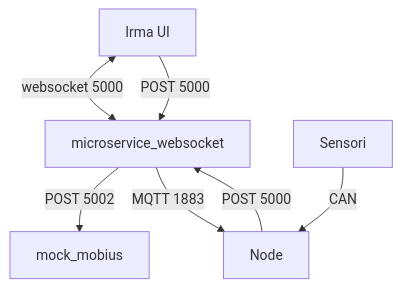
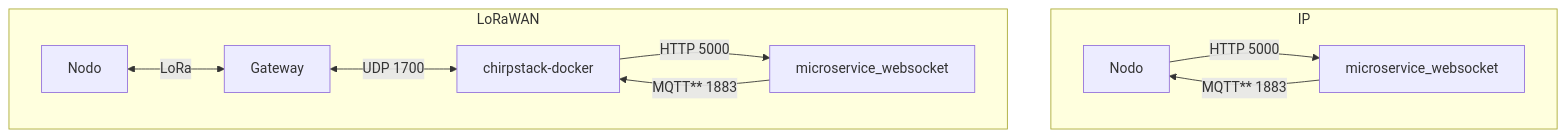
One commit to monemasrl/irma changed the second of 7 diagrams in README.md. Above: the diagram before and after it, drawn with Mermaid. The commit also changed other lines of this file and 10 other files, not shown here.

````diff
--- a/README.md
+++ b/README.md
@@ -46,17 +40,22 @@
 ```mermaid
-graph TD;
+flowchart TD;
 
-msw[microservice_websocket]
-mm[mock_mobius]
-irma-ui[Irma UI]
+nodo1[Nodo]
+nodo2[Nodo]
+msw1[microservice_websocket]
+msw2[microservice_websocket]
 
-nodo[Node]
-sensori[Sensori]
+gtw[Gateway]
 
-nodo -- POST  5000 --> msw
-msw -- POST 5002 --> mm
-irma-ui <-- websocket 5000 --> msw
-irma-ui -- POST 5000 --> msw
-msw -- MQTT 1883 --> nodo
-sensori -- CAN --> nodo
+subgraph IP
+    nodo1 -- HTTP 5000 --> msw1
+    msw1 -- MQTT** 1883 --> nodo1
+end
+
+subgraph LoRaWAN
+    nodo2 <-- LoRa --> gtw
+    gtw <-- UDP 1700 --> chirpstack-docker
+    chirpstack-docker -- HTTP 5000 --> msw2
+    msw2 -- MQTT** 1883 --> chirpstack-docker
+end
 ```
````
